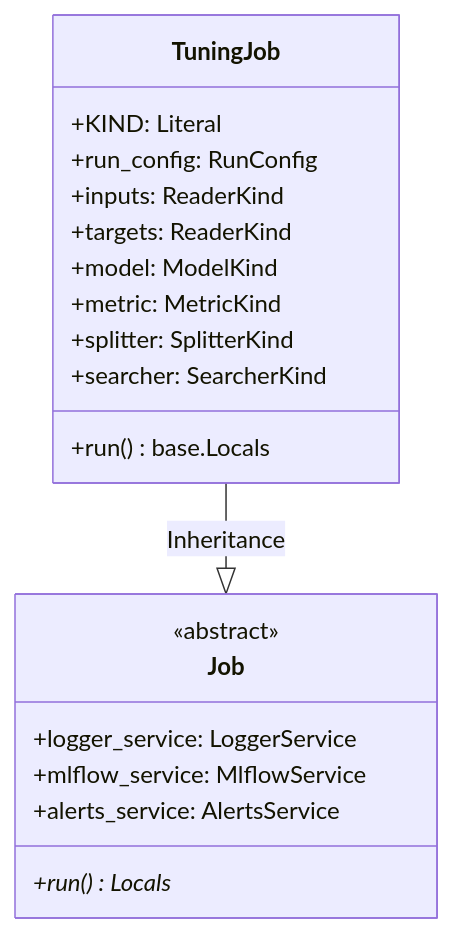
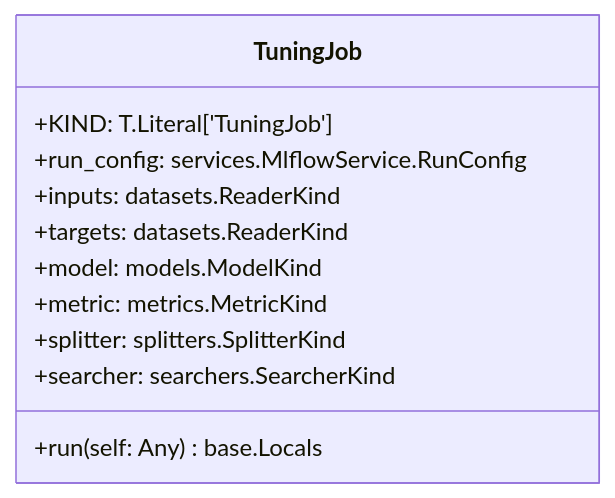
The first of 2 diagrams in openwiki/modules/regression_model_template/jobs/tuning.md (lgcorzo/mlops-python-package), drawn with Mermaid before and after one commit. The commit also changed other lines of this file and 40 other files, not shown here.

````diff
--- a/openwiki/modules/regression_model_template/jobs/tuning.md
+++ b/openwiki/modules/regression_model_template/jobs/tuning.md
@@ -26,24 +23,15 @@
 ```mermaid
 classDiagram
     direction BT
-    class Job {
-        <<abstract>>
-        +logger_service: LoggerService
-        +mlflow_service: MlflowService
-        +alerts_service: AlertsService
-        +run()* Locals
+    class TuningJob {
+        +KIND: T.Literal['TuningJob']
+        +run_config: services.MlflowService.RunConfig
+        +inputs: datasets.ReaderKind
+        +targets: datasets.ReaderKind
+        +model: models.ModelKind
+        +metric: metrics.MetricKind
+        +splitter: splitters.SplitterKind
+        +searcher: searchers.SearcherKind
+        +run(self: Any) base.Locals
     }
-    class TuningJob {
-        +KIND: Literal
-        +run_config: RunConfig
-        +inputs: ReaderKind
-        +targets: ReaderKind
-        +model: ModelKind
-        +metric: MetricKind
-        +splitter: SplitterKind
-        +searcher: SearcherKind
-        +run() base.Locals
-    }
-
-    Job <|-- TuningJob : Inheritance
 ```
````
